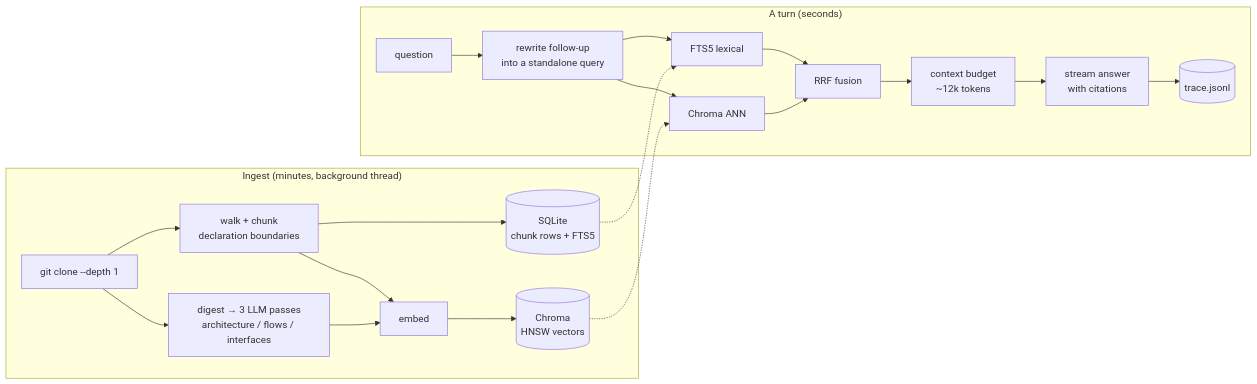
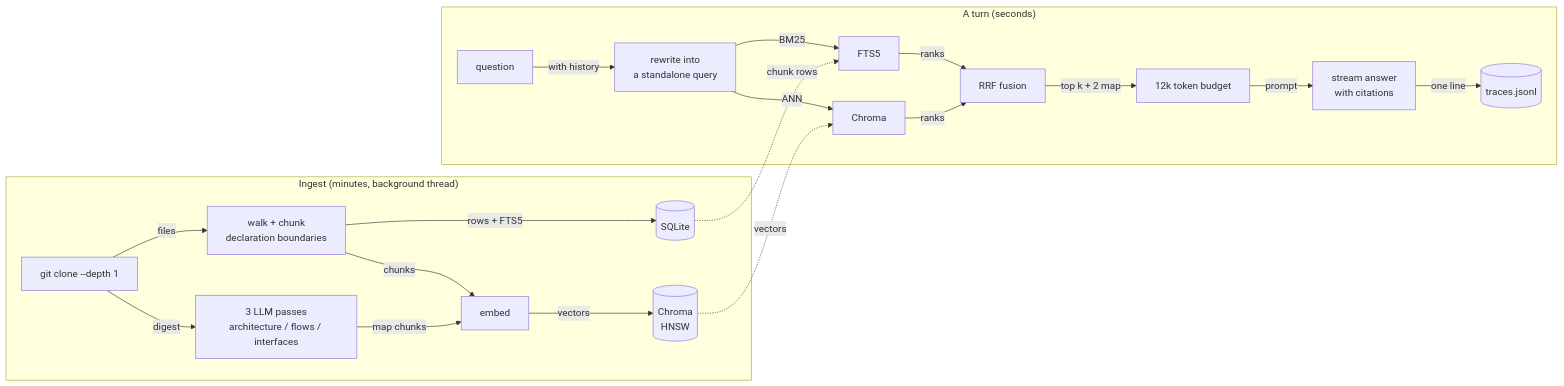
Before and after one commit to pronoy1004/repo-oracle: the diagram in README.md, drawn with Mermaid. The commit also changed other lines of this file and 1 other file, not shown here.

First line of the commit message:
Rewrite the README, add the diagram set

````diff
--- a/README.md
+++ b/README.md
@@ -66,25 +58,25 @@
 ```mermaid
 flowchart LR
     subgraph ingest["Ingest (minutes, background thread)"]
-        A[git clone --depth 1] --> B[walk + chunk<br/>declaration boundaries]
-        B --> C[embed]
-        A --> D[digest → 3 LLM passes<br/>architecture / flows / interfaces]
-        D --> C
-        C --> E[(Chroma<br/>HNSW vectors)]
-        B --> S[(SQLite<br/>chunk rows + FTS5)]
+        A[git clone --depth 1] -->|"files"| B[walk + chunk<br/>declaration boundaries]
+        B -->|"chunks"| C[embed]
+        A -->|"digest"| D[3 LLM passes<br/>architecture / flows / interfaces]
+        D -->|"map chunks"| C
+        C -->|"vectors"| E[(Chroma<br/>HNSW)]
+        B -->|"rows + FTS5"| S[(SQLite)]
     end
 
     subgraph turn["A turn (seconds)"]
-        Q[question] --> R[rewrite follow-up<br/>into a standalone query]
-        R --> L[FTS5 lexical]
-        R --> V[Chroma ANN]
-        L --> F[RRF fusion]
-        V --> F
-        F --> CTX[context budget<br/>~12k tokens]
-        CTX --> G[stream answer<br/>with citations]
-        G --> T[(trace.jsonl)]
+        Q[question] -->|"with history"| R[rewrite into<br/>a standalone query]
+        R -->|"BM25"| L[FTS5]
+        R -->|"ANN"| V[Chroma]
+        L -->|"ranks"| F[RRF fusion]
+        V -->|"ranks"| F
+        F -->|"top k + 2 map"| CTX[12k token budget]
+        CTX -->|"prompt"| G[stream answer<br/>with citations]
+        G -->|"one line"| T[(traces.jsonl)]
     end
 
-    S -.-> L
-    E -.-> V
+    S -.->|"chunk rows"| L
+    E -.->|"vectors"| V
 ```
````
